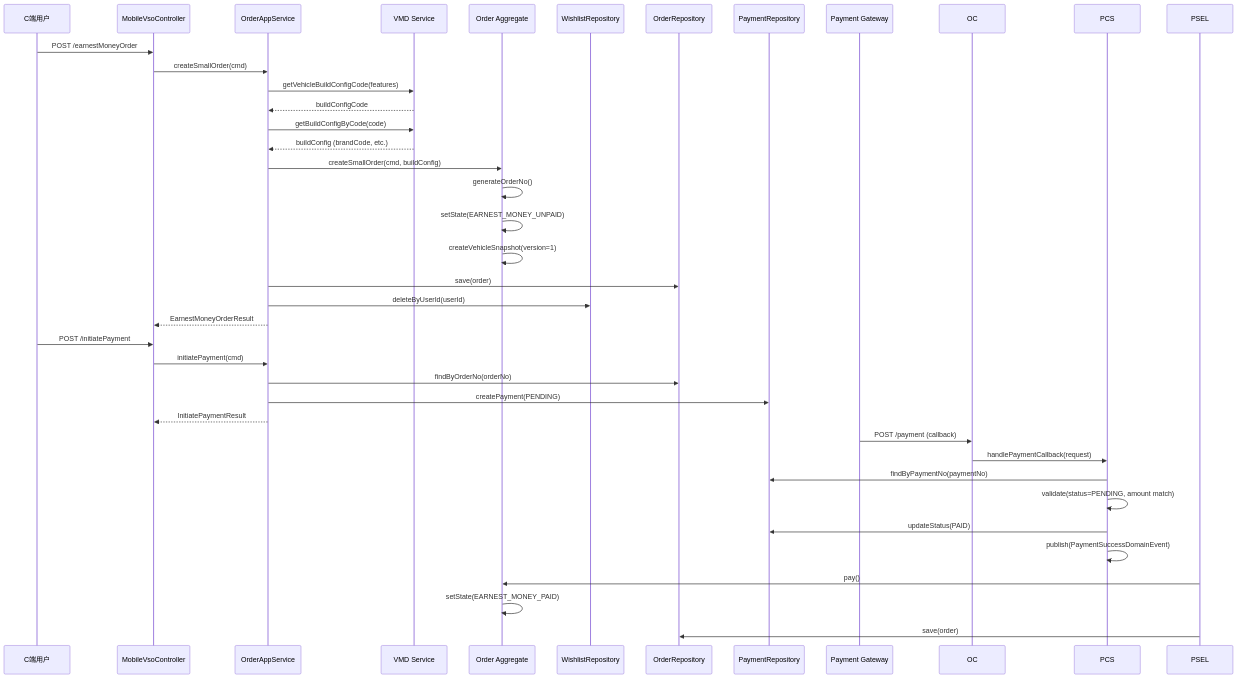
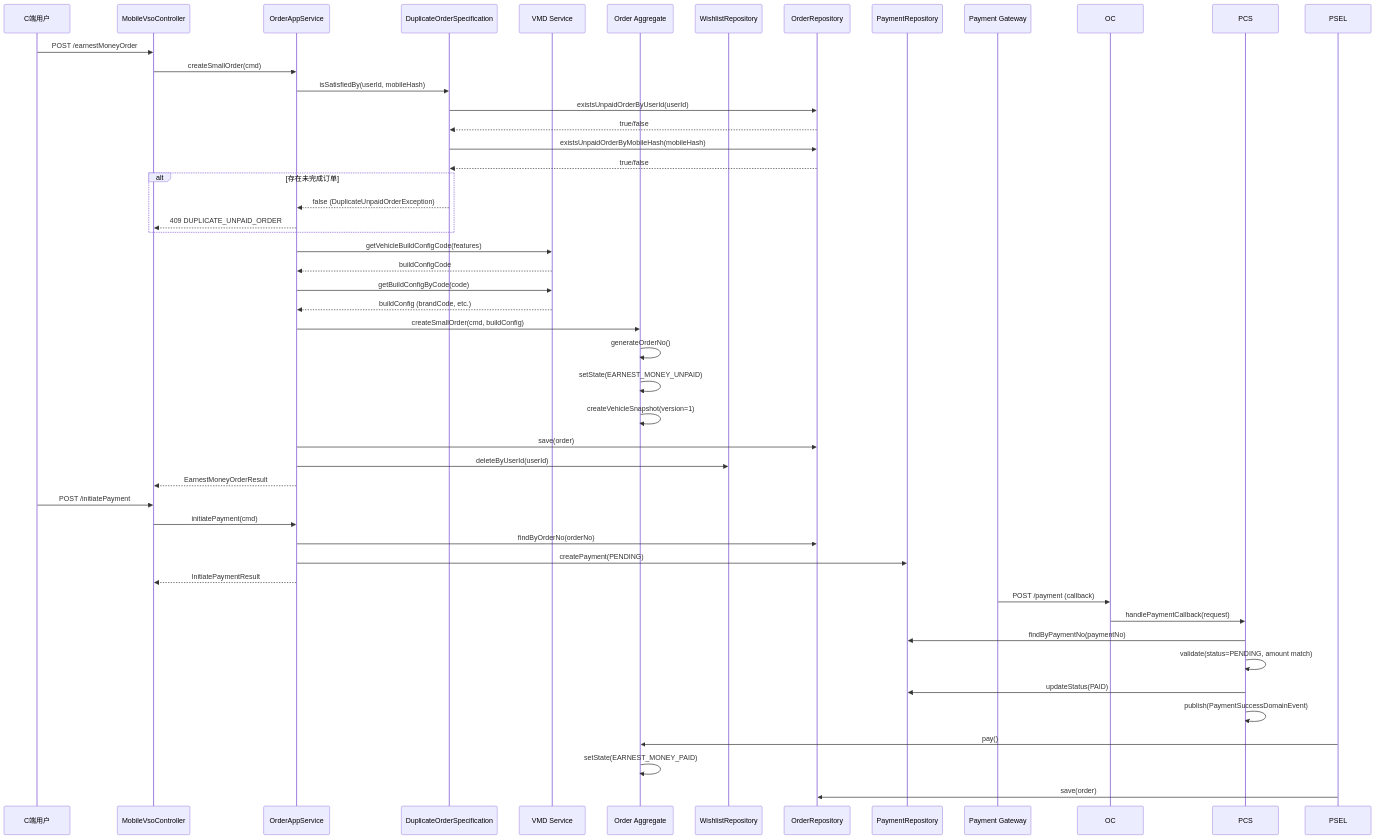
Before and after one commit to hwyzleo/iov-cloud-otd-vso: the third of 13 diagrams in specs/vehicle-sale-order/design.md, drawn with Mermaid. The commit also changed other lines of this file and 10 other files, not shown here.

````diff
--- a/specs/vehicle-sale-order/design.md
+++ b/specs/vehicle-sale-order/design.md
@@ -260,42 +269,54 @@
 ```mermaid
 sequenceDiagram
     participant U as C端用户
     participant MC as MobileVsoController
     participant OAS as OrderAppService
+    participant DOS as DuplicateOrderSpecification
     participant VMD as VMD Service
     participant O as Order Aggregate
     participant WR as WishlistRepository
     participant OR as OrderRepository
     participant PR as PaymentRepository
     participant PGW as Payment Gateway
 
     U->>MC: POST /earnestMoneyOrder
     MC->>OAS: createSmallOrder(cmd)
+    OAS->>DOS: isSatisfiedBy(userId, mobileHash)
+    DOS->>OR: existsUnpaidOrderByUserId(userId)
+    OR-->>DOS: true/false
+    DOS->>OR: existsUnpaidOrderByMobileHash(mobileHash)
+    OR-->>DOS: true/false
+
+    alt 存在未完成订单
+        DOS-->>OAS: false (DuplicateUnpaidOrderException)
+        OAS-->>MC: 409 DUPLICATE_UNPAID_ORDER
+    end
+
     OAS->>VMD: getVehicleBuildConfigCode(features)
     VMD-->>OAS: buildConfigCode
     OAS->>VMD: getBuildConfigByCode(code)
     VMD-->>OAS: buildConfig (brandCode, etc.)
     OAS->>O: createSmallOrder(cmd, buildConfig)
     O->>O: generateOrderNo()
     O->>O: setState(EARNEST_MONEY_UNPAID)
     O->>O: createVehicleSnapshot(version=1)
     OAS->>OR: save(order)
     OAS->>WR: deleteByUserId(userId)
     OAS-->>MC: EarnestMoneyOrderResult
 
     U->>MC: POST /initiatePayment
     MC->>OAS: initiatePayment(cmd)
     OAS->>OR: findByOrderNo(orderNo)
     OAS->>PR: createPayment(PENDING)
     OAS-->>MC: InitiatePaymentResult
 
     PGW->>OC: POST /payment (callback)
     OC->>PCS: handlePaymentCallback(request)
     PCS->>PR: findByPaymentNo(paymentNo)
     PCS->>PCS: validate(status=PENDING, amount match)
     PCS->>PR: updateStatus(PAID)
     PCS->>PCS: publish(PaymentSuccessDomainEvent)
     PSEL->>O: pay()
     O->>O: setState(EARNEST_MONEY_PAID)
     PSEL->>OR: save(order)
 ```
````
